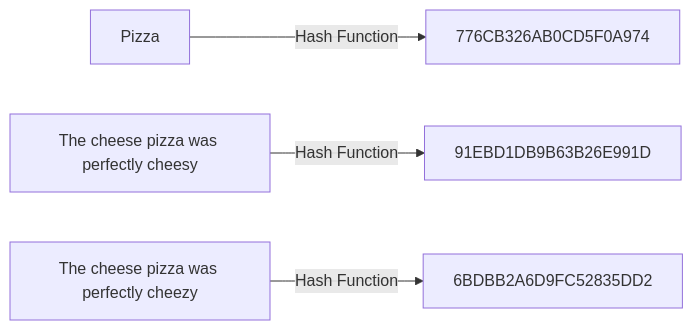
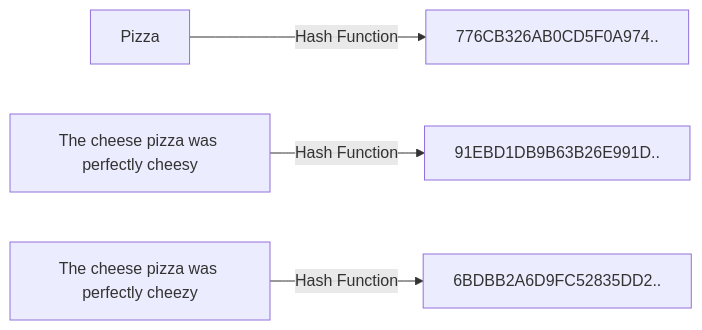
The diagram in README.md (anieldev/demonet), drawn with Mermaid before and after one commit.

````diff
--- a/README.md
+++ b/README.md
@@ -7,6 +7,6 @@
 ```mermaid
 graph LR
-A[Pizza] -- Hash Function --> B[776CB326AB0CD5F0A974]
-E[The cheese pizza was perfectly cheesy ] -- Hash Function --> F[91EBD1DB9B63B26E991D]
-C[The cheese pizza was perfectly cheezy ] -- Hash Function --> D[6BDBB2A6D9FC52835DD2]
+A[Pizza] -- Hash Function --> B[776CB326AB0CD5F0A974..]
+E[The cheese pizza was perfectly cheesy ] -- Hash Function --> F[91EBD1DB9B63B26E991D..]
+C[The cheese pizza was perfectly cheezy ] -- Hash Function --> D[6BDBB2A6D9FC52835DD2..]
 ```
````
